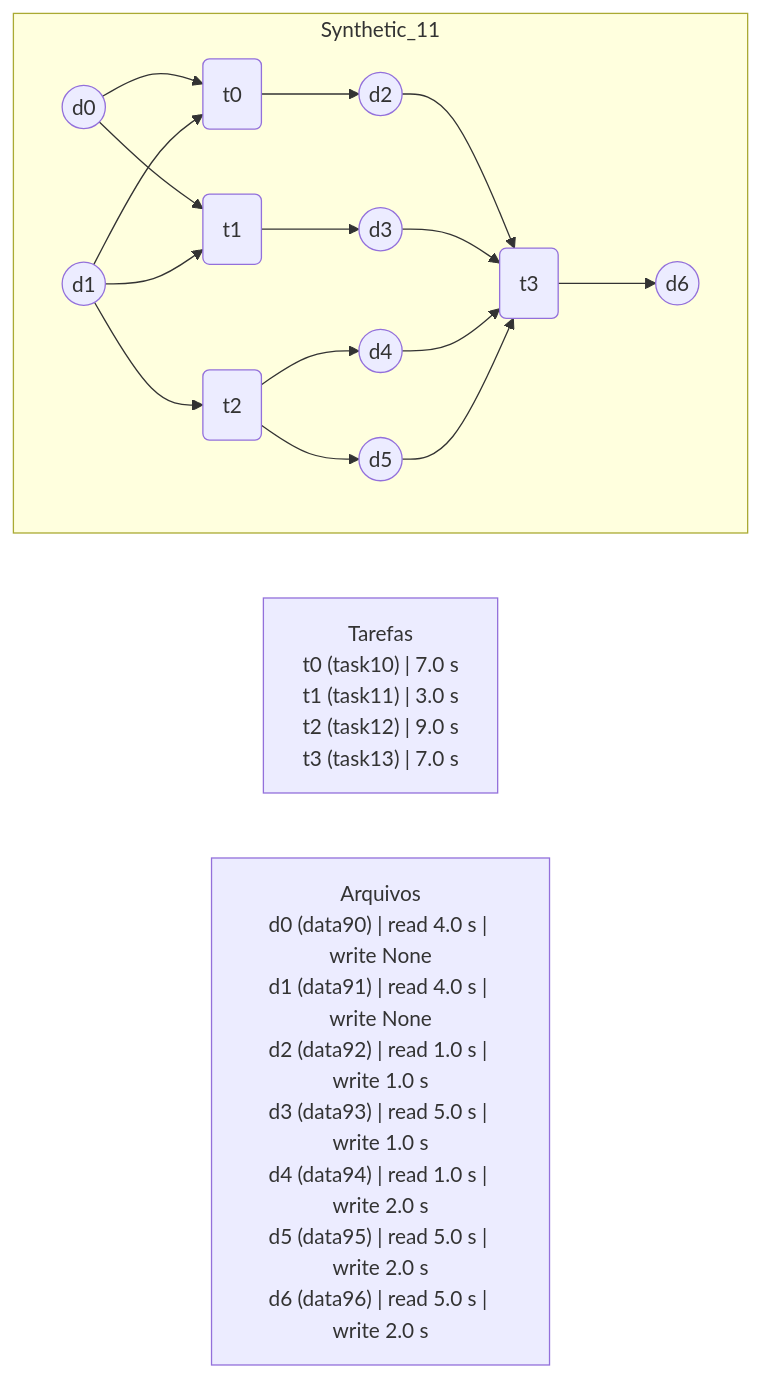
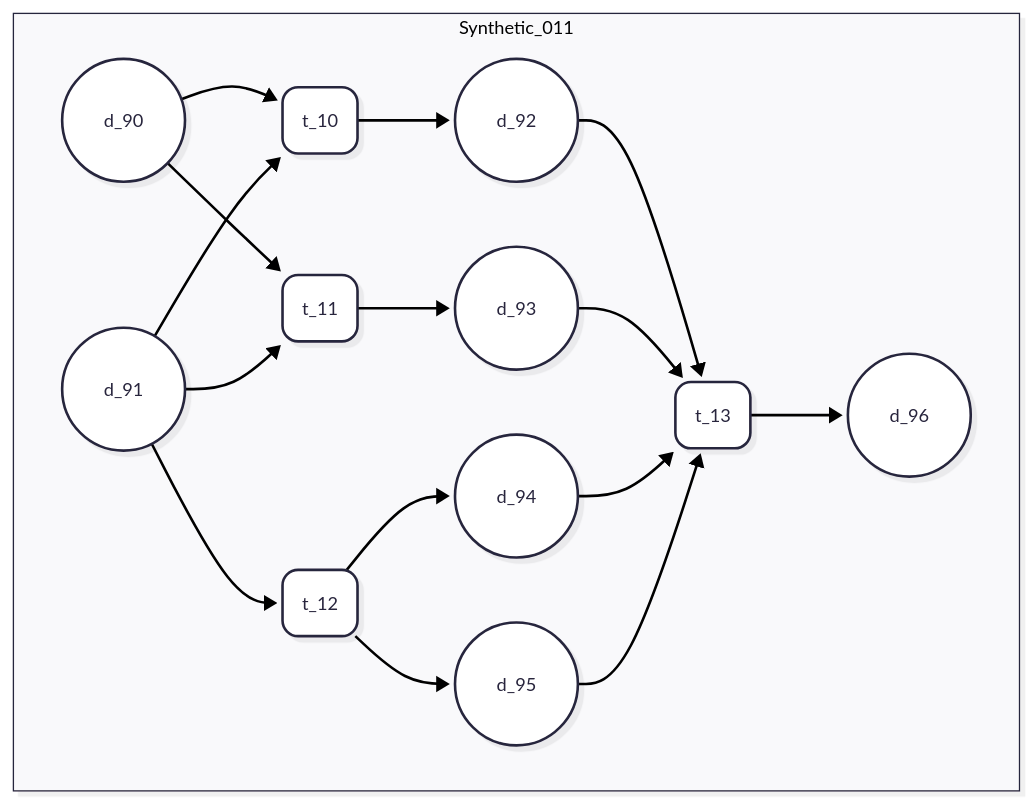
One commit to UFFeScience/denethor changed the diagram in resources/data/instance_files/synthetic/synthetic_user_defined/mermaid/Synthetic_11.mermaid. Above: the diagram before and after it, drawn with Mermaid. The commit also changed 17 other files, not shown here.

Commit message:
Novas definições de instâncias sintéticas,  arquivos mermaid e scripts geradores

```diff
--- a/resources/data/instance_files/synthetic/synthetic_user_defined/mermaid/Synthetic_11.mermaid
+++ b/resources/data/instance_files/synthetic/synthetic_user_defined/mermaid/Synthetic_11.mermaid
@@ -1,32 +1,31 @@
 ---
 config:
   layout: dagre
+  theme: redux
+  look: neo
 ---
 flowchart LR
- subgraph Synthetic_11["Synthetic_11"]
+ subgraph Synthetic_11["Synthetic_011"]
     direction LR
-        S11_t0("t0")
-        S11_d0(("d0"))
-        S11_d1(("d1"))
-        S11_d2(("d2"))
-        S11_t1("t1")
-        S11_d3(("d3"))
-        S11_t2("t2")
-        S11_d4(("d4"))
-        S11_d5(("d5"))
-        S11_t3("t3")
-        S11_d6(("d6"))
+        S11_d0(("d_90"))
+        S11_d1(("d_91"))
+        S11_d2(("d_92"))
+        S11_d3(("d_93"))
+        S11_d4(("d_94"))
+        S11_d5(("d_95"))
+        S11_d6(("d_96"))
+        S11_t0("t_10")
+        S11_t1("t_11")
+        S11_t2("t_12")
+        S11_t3("t_13")
   end
     S11_d0 --> S11_t0 & S11_t1
     S11_d1 --> S11_t0 & S11_t1 & S11_t2
-    S11_t0 --> S11_d2
-    S11_t1 --> S11_d3
-    S11_t2 --> S11_d4 & S11_d5
     S11_d2 --> S11_t3
     S11_d3 --> S11_t3
     S11_d4 --> S11_t3
     S11_d5 --> S11_t3
+    S11_t0 --> S11_d2
+    S11_t1 --> S11_d3
+    S11_t2 --> S11_d4 & S11_d5
     S11_t3 --> S11_d6
-
-    TASK_TIMES["Tarefas<br/>t0 (task10) | 7.0 s<br/>t1 (task11) | 3.0 s<br/>t2 (task12) | 9.0 s<br/>t3 (task13) | 7.0 s"]
-    FILE_TIMES["Arquivos<br/>d0 (data90) | read 4.0 s | write None<br/>d1 (data91) | read 4.0 s | write None<br/>d2 (data92) | read 1.0 s | write 1.0 s<br/>d3 (data93) | read 5.0 s | write 1.0 s<br/>d4 (data94) | read 1.0 s | write 2.0 s<br/>d5 (data95) | read 5.0 s | write 2.0 s<br/>d6 (data96) | read 5.0 s | write 2.0 s"]
```
